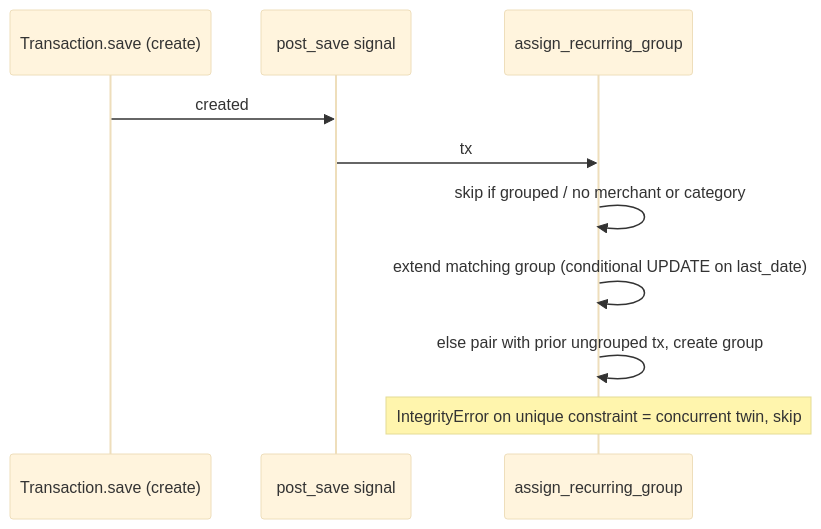
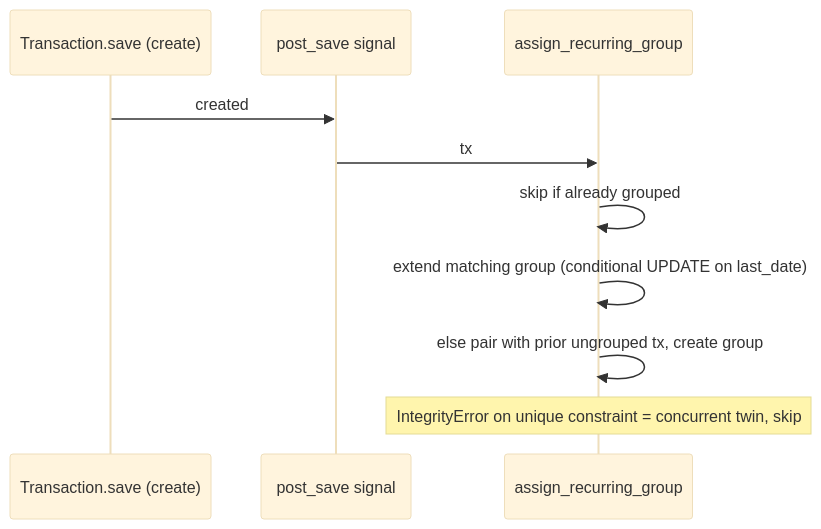
One commit to bassamriman/carta-interview changed the second of 4 diagrams in docs/design/feat/recurring-api.md. Above: the diagram before and after it, drawn with Mermaid (base theme). The commit also changed other lines of this file and 6 other files, not shown here.

First line of the commit message:
Group transactions with null merchant or category

````diff
--- a/docs/design/feat/recurring-api.md
+++ b/docs/design/feat/recurring-api.md
@@ -13,12 +13,12 @@
 ```mermaid
 sequenceDiagram
   participant W as Transaction.save (create)
   participant S as post_save signal
   participant R as assign_recurring_group
   W->>S: created
   S->>R: tx
-  R->>R: skip if grouped / no merchant or category
+  R->>R: skip if already grouped
   R->>R: extend matching group (conditional UPDATE on last_date)
   R->>R: else pair with prior ungrouped tx, create group
   Note over R: IntegrityError on unique constraint = concurrent twin, skip
 ```
````
